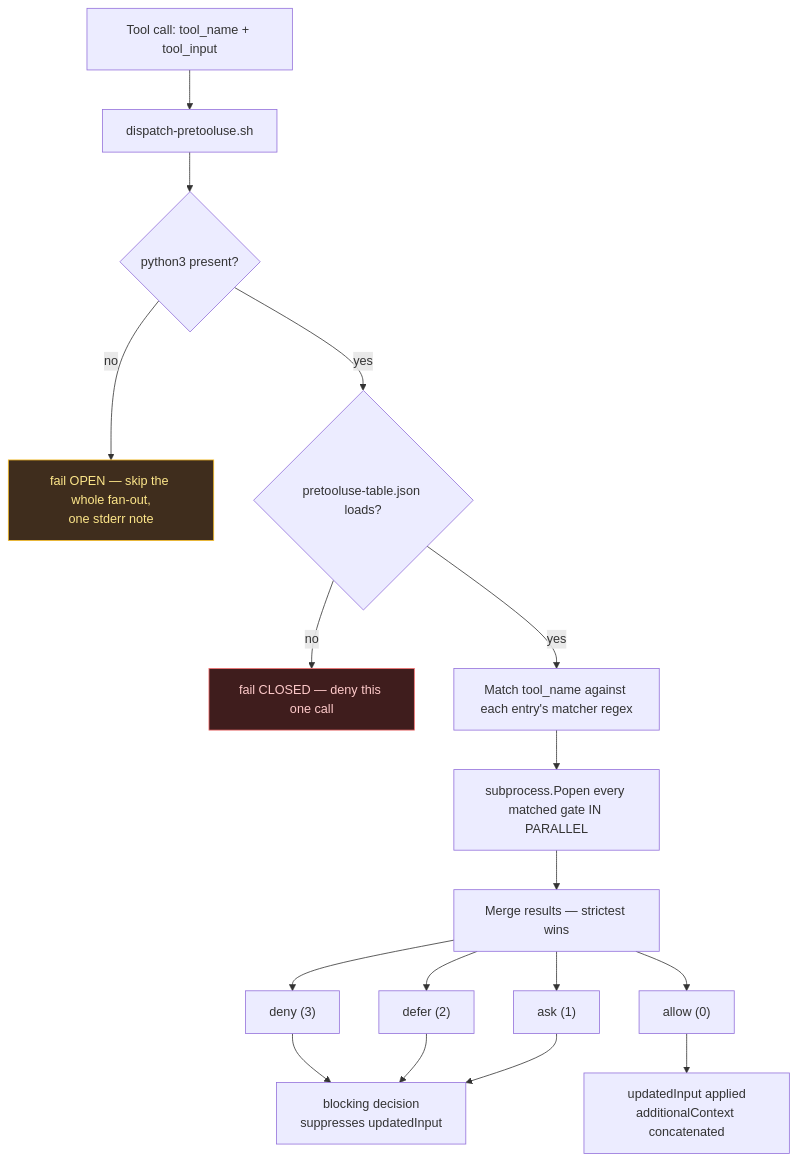
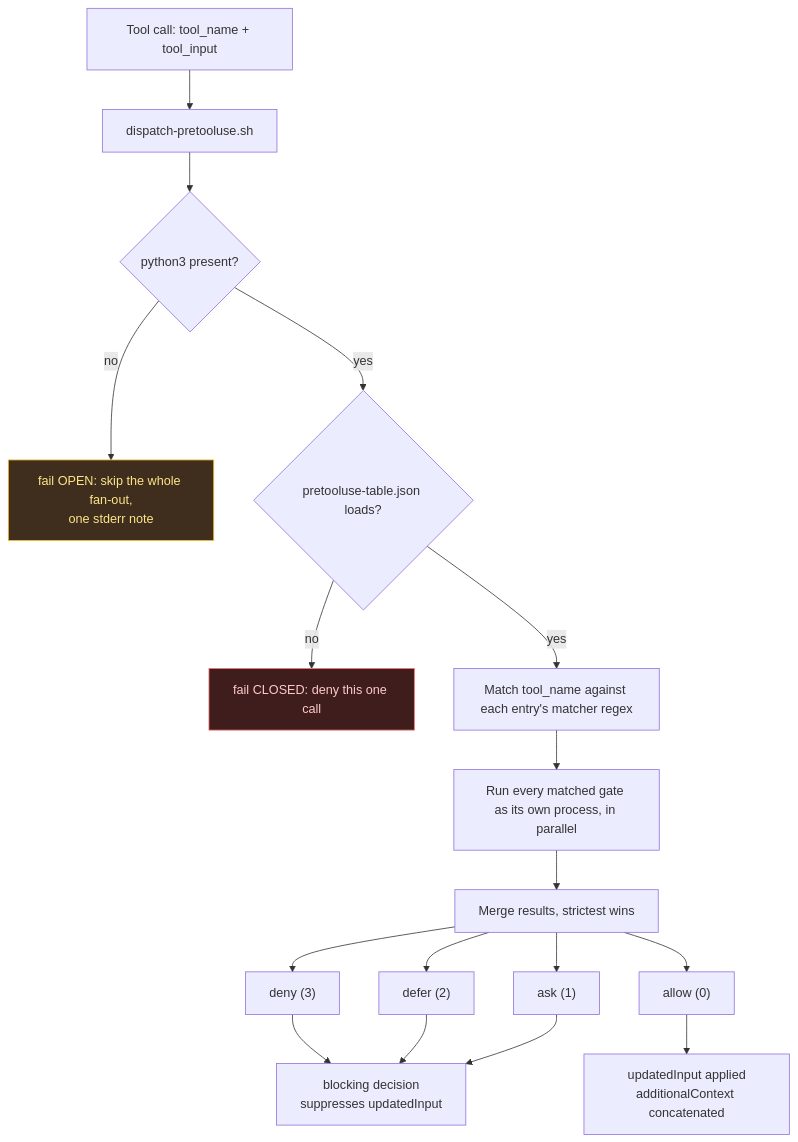
One commit to wasikarn/matt-harness changed the fourth of 8 diagrams in docs/workflow-diagrams.md. Above: the diagram before and after it, drawn with Mermaid. The commit also changed other lines of this file and 9 other files, not shown here.

````diff
--- a/docs/workflow-diagrams.md
+++ b/docs/workflow-diagrams.md
@@ -153,25 +157,25 @@
 ```mermaid
 flowchart TB
     IN["Tool call: tool_name + tool_input"] --> SH["dispatch-pretooluse.sh"]
     SH --> PY{"python3 present?"}
-    PY -->|"no"| OPEN["fail OPEN — skip the whole fan-out,<br/>one stderr note"]
+    PY -->|"no"| OPEN["fail OPEN: skip the whole fan-out,<br/>one stderr note"]
     PY -->|"yes"| TBL{"pretooluse-table.json loads?"}
-    TBL -->|"no"| CLOSED["fail CLOSED — deny this one call"]
+    TBL -->|"no"| CLOSED["fail CLOSED: deny this one call"]
     TBL -->|"yes"| M["Match tool_name against each entry's matcher regex"]
 
-    M --> P["subprocess.Popen every matched gate IN PARALLEL"]
-    P --> MERGE["Merge results — strictest wins"]
+    M --> P["Run every matched gate as its own process, in parallel"]
+    P --> MERGE["Merge results, strictest wins"]
 
     MERGE --> D1["deny (3)"]
     MERGE --> D2["defer (2)"]
     MERGE --> D3["ask (1)"]
     MERGE --> D4["allow (0)"]
 
     D1 & D2 & D3 --> SUPPRESS["blocking decision<br/>suppresses updatedInput"]
     D4 --> APPLY["updatedInput applied<br/>additionalContext concatenated"]
 
     classDef bad fill:#3f1d1d,stroke:#f87171,color:#fecaca
     classDef warn fill:#3f2d1d,stroke:#fbbf24,color:#fde68a
     class CLOSED bad
     class OPEN warn
 ```
````
